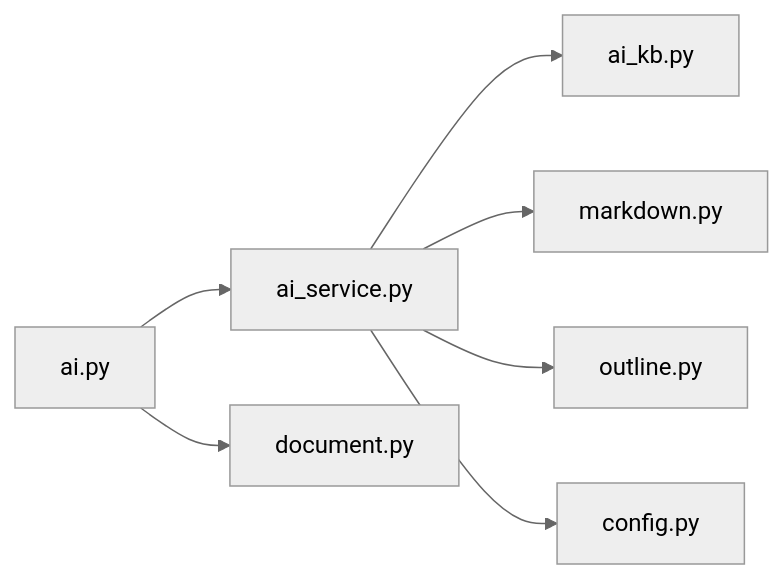
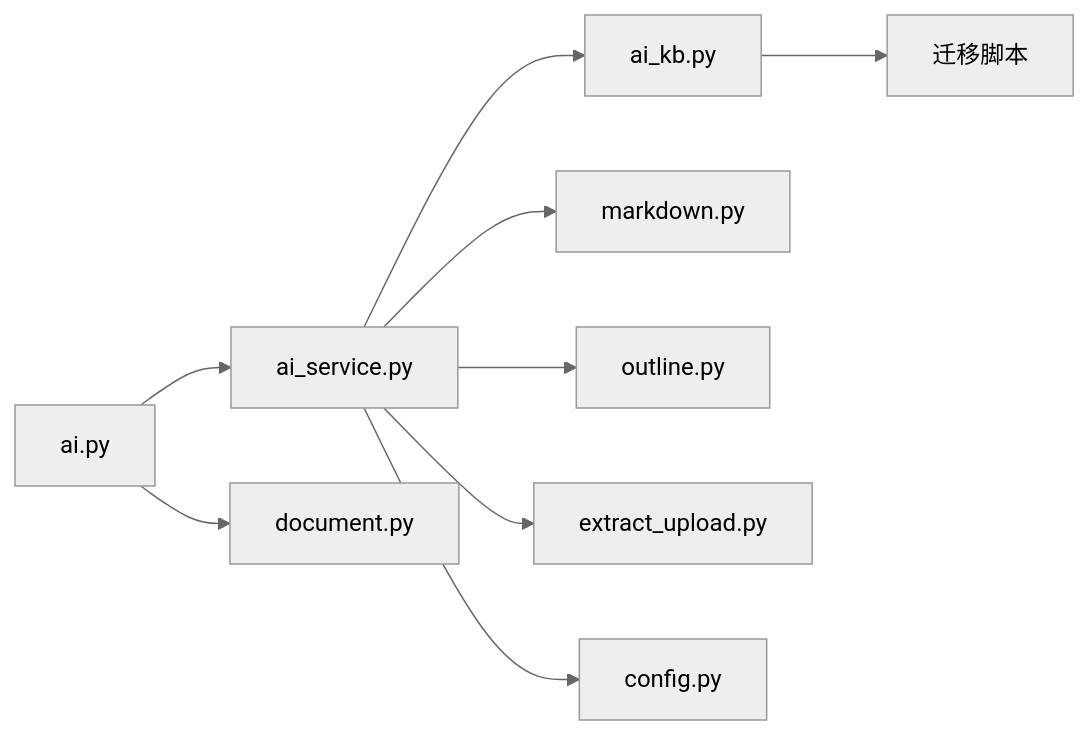
One commit to beyondalbert/my_wiki changed the sixth of 6 diagrams in .qoder/repowiki/zh/content/架构设计/数据持久化架构/AI知识库数据模型.md. Above: the diagram before and after it, drawn with Mermaid (neutral theme). The commit also changed other lines of this file and 7 other files, not shown here.

````diff
--- a/.qoder/repowiki/zh/content/架构设计/数据持久化架构/AI知识库数据模型.md
+++ b/.qoder/repowiki/zh/content/架构设计/数据持久化架构/AI知识库数据模型.md
@@ -318,9 +402,11 @@
 ```mermaid
 graph LR
 AI["ai.py"] --> AIS["ai_service.py"]
 AIS --> MODELS["ai_kb.py"]
 AIS --> MD["markdown.py"]
 AIS --> OUT["outline.py"]
+AIS --> EX["extract_upload.py"]
 AI --> DOC["document.py"]
 AIS --> CFG["config.py"]
+MODELS --> MIG["迁移脚本"]
 ```
````
